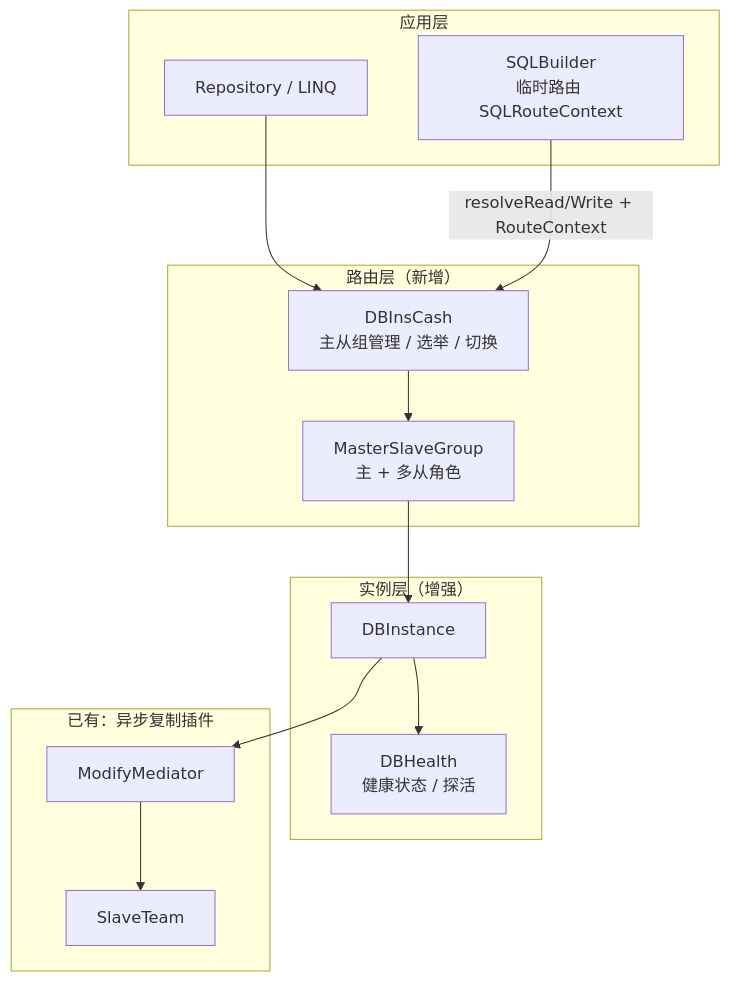
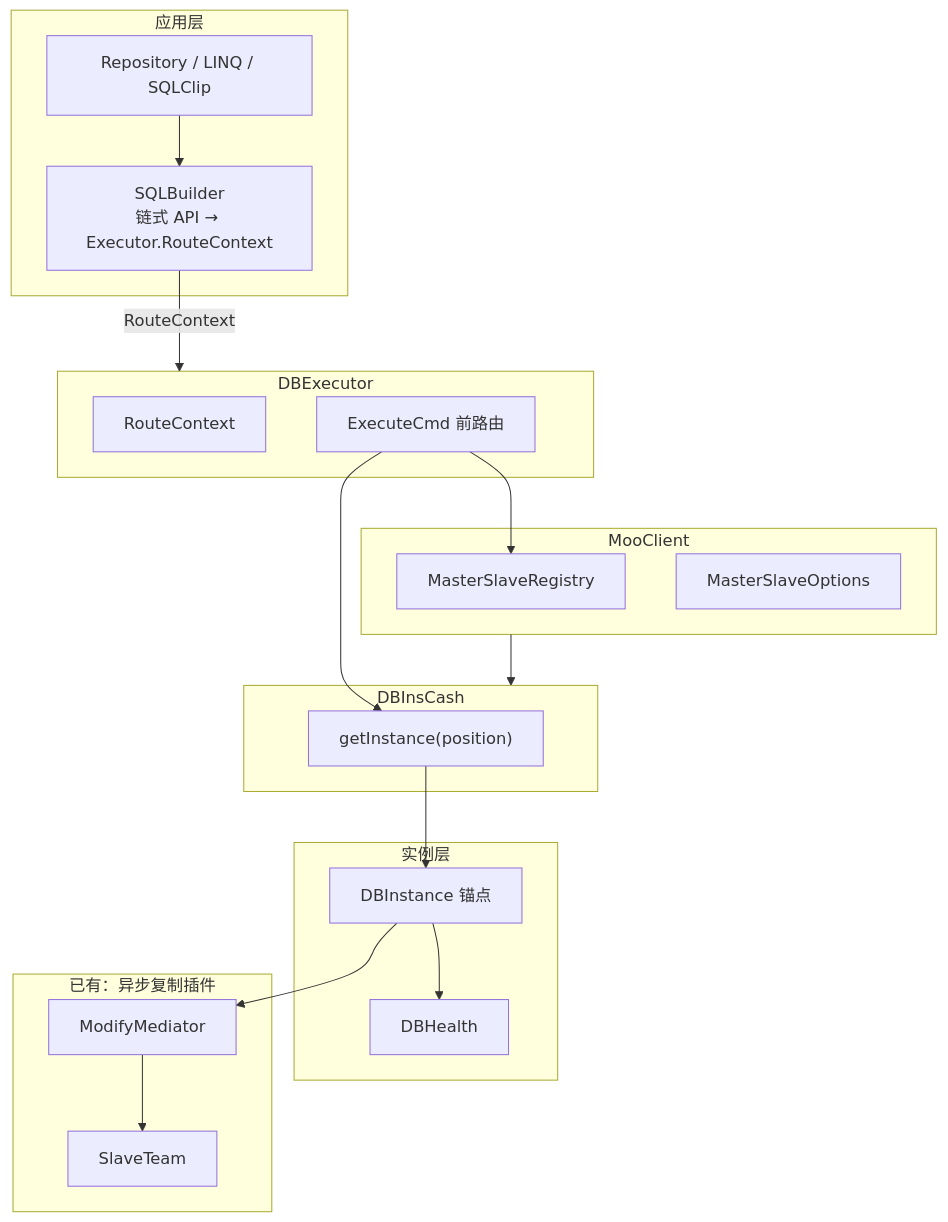
The second of 5 diagrams in doc/slave/主从与多库功能设计.md (sailuosi/mooSQL), drawn with Mermaid before and after one commit. The commit also changed other lines of this file and 18 other files, not shown here.

````diff
--- a/doc/slave/主从与多库功能设计.md
+++ b/doc/slave/主从与多库功能设计.md
@@ -51,30 +178,41 @@
 ```mermaid
 flowchart TB
     subgraph App["应用层"]
-        Repo["Repository / LINQ"]
-        Builder["SQLBuilder\n临时路由 SQLRouteContext"]
+        Repo["Repository / LINQ / SQLClip"]
+        Builder["SQLBuilder\n链式 API → Executor.RouteContext"]
     end
 
-    subgraph Route["路由层（新增）"]
-        DBInsCash["DBInsCash\n主从组管理 / 选举 / 切换"]
-        MasterSlaveGroup["MasterSlaveGroup\n主 + 多从角色"]
+    subgraph Client["MooClient"]
+        Registry["MasterSlaveRegistry"]
+        Options["MasterSlaveOptions"]
     end
 
-    subgraph Instance["实例层（增强）"]
-        DBInstance["DBInstance"]
-        Health["DBHealth\n健康状态 / 探活"]
+    subgraph Exec["DBExecutor"]
+        RouteCtx["RouteContext"]
+        ExecuteCmd["ExecuteCmd 前路由"]
+    end
+
+    subgraph Cash["DBInsCash"]
+        GetInst["getInstance(position)"]
+    end
+
+    subgraph Instance["实例层"]
+        DBInstance["DBInstance 锚点"]
+        Health["DBHealth"]
     end
 
     subgraph Existing["已有：异步复制插件"]
         ModifyMediator["ModifyMediator"]
         SlaveTeam["SlaveTeam"]
     end
 
-    Repo --> DBInsCash
-    Builder -->|"resolveRead/Write + RouteContext"| DBInsCash
-    DBInsCash --> MasterSlaveGroup
-    MasterSlaveGroup --> DBInstance
+    Repo --> Builder
+    Builder -->|"RouteContext"| Exec
+    ExecuteCmd --> Registry
+    ExecuteCmd --> GetInst
+    GetInst --> DBInstance
     DBInstance --> Health
     DBInstance --> ModifyMediator
     ModifyMediator --> SlaveTeam
+    Client --> Cash
 ```
````
